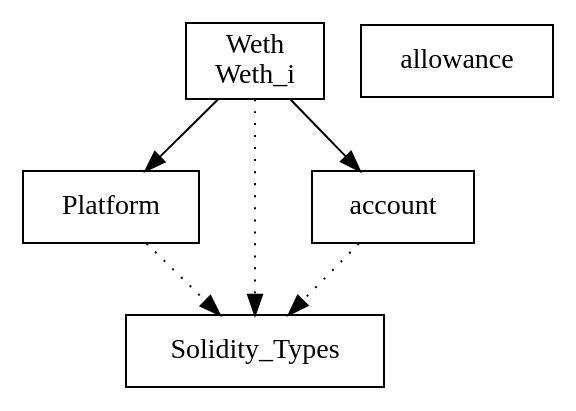
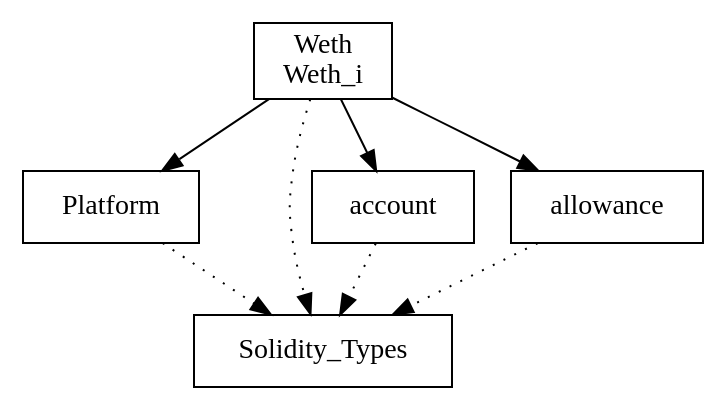
One commit to Faycal-Baba/B2Sol changed the diagram in solutions/Application/BModels/WethModelB/bdp/WethModelB.dot. Above: the diagram before and after it, drawn with Graphviz. The commit also changed 166 other files, not shown here.

```diff
--- a/solutions/Application/BModels/WethModelB/bdp/WethModelB.dot
+++ b/solutions/Application/BModels/WethModelB/bdp/WethModelB.dot
@@ -1,13 +1,15 @@
 digraph {
 Platform [ label=" Platform " shape= box ]
 Solidity_Types [ label=" Solidity_Types " shape= box ]
 Weth_i [ label=" Weth\nWeth_i " shape= box ]
 account [ label=" account " shape= box ]
 allowance [ label=" allowance " shape= box ]
 
 "Platform" -> "Solidity_Types" [style= dotted ]
 "Weth_i" -> "Solidity_Types" [style= dotted ]
 "Weth_i" -> "Platform" []
 "Weth_i" -> "account" []
+"Weth_i" -> "allowance" []
 "account" -> "Solidity_Types" [style= dotted ]
+"allowance" -> "Solidity_Types" [style= dotted ]
 }
```
